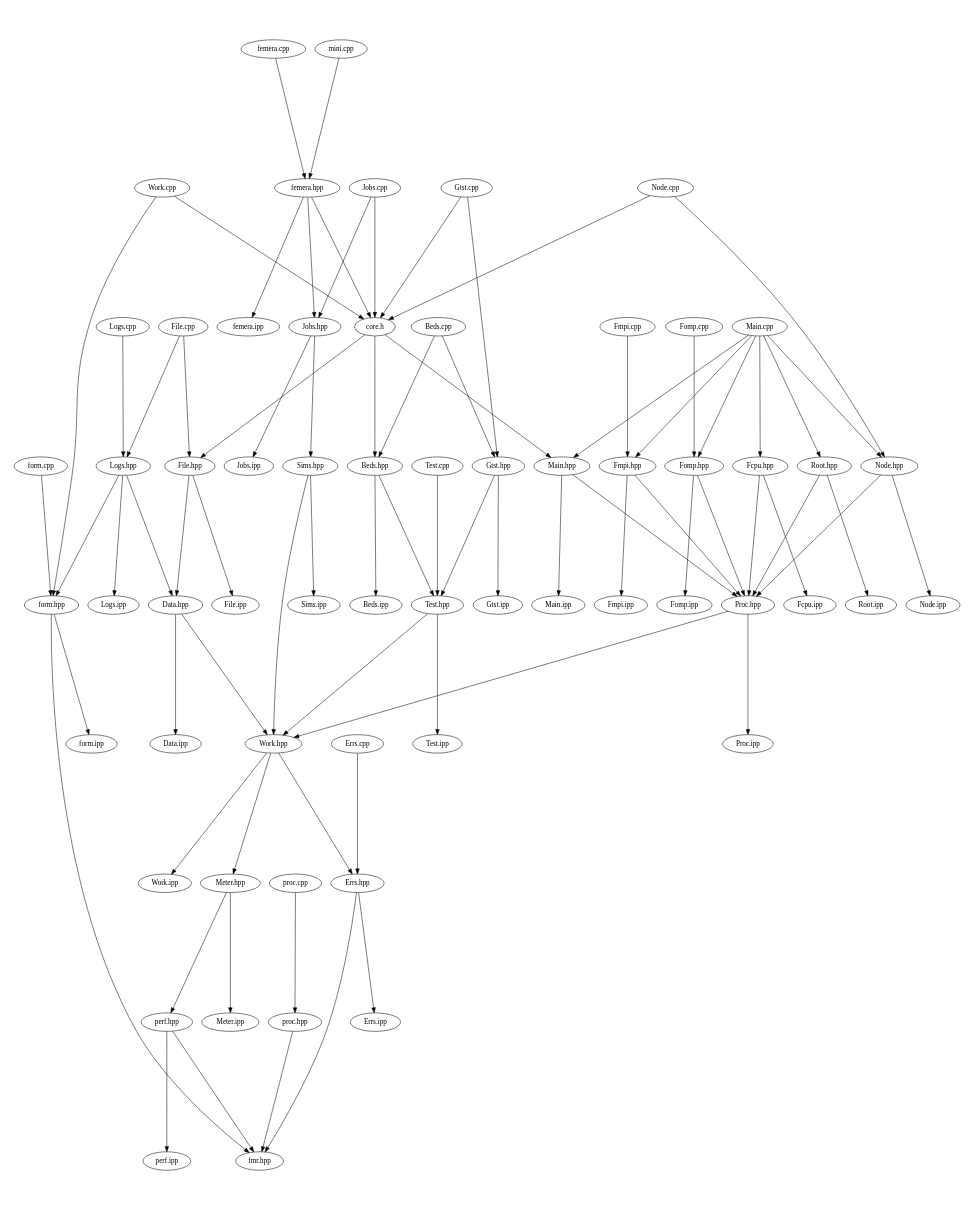
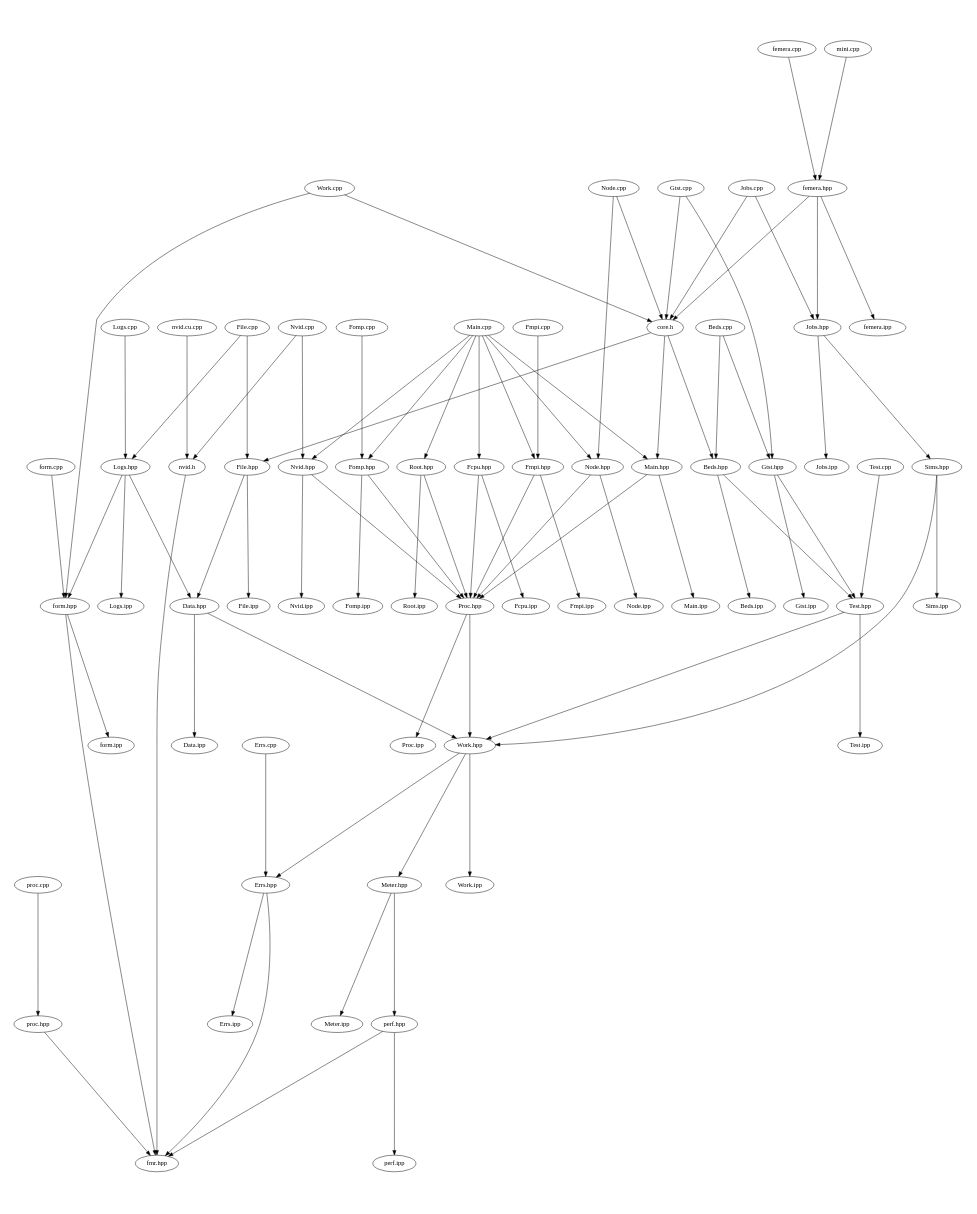
The diagram in src/docs/src-notest.dot (waggyz/femera-mini-app), drawn with Graphviz before and after one commit. The commit also changed 15 other files, not shown here.

```diff
--- a/src/docs/src-notest.dot
+++ b/src/docs/src-notest.dot
@@ -1,84 +1,91 @@
 digraph "source tree" {
     overlap=scale;
     size="8,10";
     ratio="fill";
     fontsize="16";
     fontname="Helvetica";
 	clusterrank="local";
 	"Gtst.cpp" -> "core.h"
 	"femera.hpp" -> "Jobs.hpp"
 	"Meter.hpp" -> "perf.hpp"
 	"Main.cpp" -> "Fomp.hpp"
 	"Sims.hpp" -> "Work.hpp"
 	"Errs.cpp" -> "Errs.hpp"
 	"femera.cpp" -> "femera.hpp"
 	"Work.hpp" -> "Errs.hpp"
 	"Fmpi.hpp" -> "Fmpi.ipp"
 	"Sims.hpp" -> "Sims.ipp"
 	"Jobs.hpp" -> "Jobs.ipp"
+	"Nvid.hpp" -> "Nvid.ipp"
 	"Fomp.cpp" -> "Fomp.hpp"
 	"Logs.cpp" -> "Logs.hpp"
 	"proc.hpp" -> "fmr.hpp"
+	"Nvid.hpp" -> "Proc.hpp"
 	"Root.hpp" -> "Proc.hpp"
 	"Main.cpp" -> "Node.hpp"
 	"Main.cpp" -> "Main.hpp"
 	"Proc.hpp" -> "Proc.ipp"
 	"Beds.cpp" -> "Gtst.hpp"
 	"Node.cpp" -> "Node.hpp"
 	"Main.cpp" -> "Fmpi.hpp"
 	"core.h" -> "Main.hpp"
 	"Main.cpp" -> "Fcpu.hpp"
 	"Work.cpp" -> "core.h"
 	"perf.hpp" -> "fmr.hpp"
 	"Data.hpp" -> "Data.ipp"
 	"Work.hpp" -> "Work.ipp"
 	"Fmpi.hpp" -> "Proc.hpp"
 	"Test.hpp" -> "Work.hpp"
 	"Node.hpp" -> "Node.ipp"
 	"form.hpp" -> "form.ipp"
 	"Gtst.cpp" -> "Gtst.hpp"
 	"femera.hpp" -> "femera.ipp"
 	"Fcpu.hpp" -> "Proc.hpp"
 	"Fomp.hpp" -> "Proc.hpp"
 	"File.hpp" -> "File.ipp"
+	"Main.cpp" -> "Nvid.hpp"
 	"Meter.hpp" -> "Meter.ipp"
 	"core.h" -> "File.hpp"
 	"Fomp.hpp" -> "Fomp.ipp"
 	"Logs.hpp" -> "Data.hpp"
 	"Gtst.hpp" -> "Gtst.ipp"
 	"form.cpp" -> "form.hpp"
 	"File.cpp" -> "File.hpp"
 	"perf.hpp" -> "perf.ipp"
 	"proc.cpp" -> "proc.hpp"
 	"Node.cpp" -> "core.h"
 	"Fmpi.cpp" -> "Fmpi.hpp"
 	"File.cpp" -> "Logs.hpp"
 	"core.h" -> "Beds.hpp"
 	"Errs.hpp" -> "fmr.hpp"
 	"Fcpu.hpp" -> "Fcpu.ipp"
 	"Root.hpp" -> "Root.ipp"
 	"Errs.hpp" -> "Errs.ipp"
 	"Main.hpp" -> "Main.ipp"
 	"Test.cpp" -> "Test.hpp"
 	"Beds.cpp" -> "Beds.hpp"
 	"Node.hpp" -> "Proc.hpp"
 	"Main.cpp" -> "Root.hpp"
 	"Jobs.hpp" -> "Sims.hpp"
 	"Jobs.cpp" -> "Jobs.hpp"
 	"Logs.hpp" -> "Logs.ipp"
 	"File.hpp" -> "Data.hpp"
 	"mini.cpp" -> "femera.hpp"
 	"Work.cpp" -> "form.hpp"
+	"nvid.h" -> "fmr.hpp"
+	"Nvid.cpp" -> "nvid.h"
 	"Beds.hpp" -> "Test.hpp"
 	"Proc.hpp" -> "Work.hpp"
 	"form.hpp" -> "fmr.hpp"
 	"Gtst.hpp" -> "Test.hpp"
 	"Data.hpp" -> "Work.hpp"
+	"Nvid.cpp" -> "Nvid.hpp"
 	"Beds.hpp" -> "Beds.ipp"
 	"femera.hpp" -> "core.h"
 	"Jobs.cpp" -> "core.h"
 	"Work.hpp" -> "Meter.hpp"
 	"Logs.hpp" -> "form.hpp"
+	"nvid.cu.cpp" -> "nvid.h"
 	"Main.hpp" -> "Proc.hpp"
 	"Test.hpp" -> "Test.ipp"
 }
```
